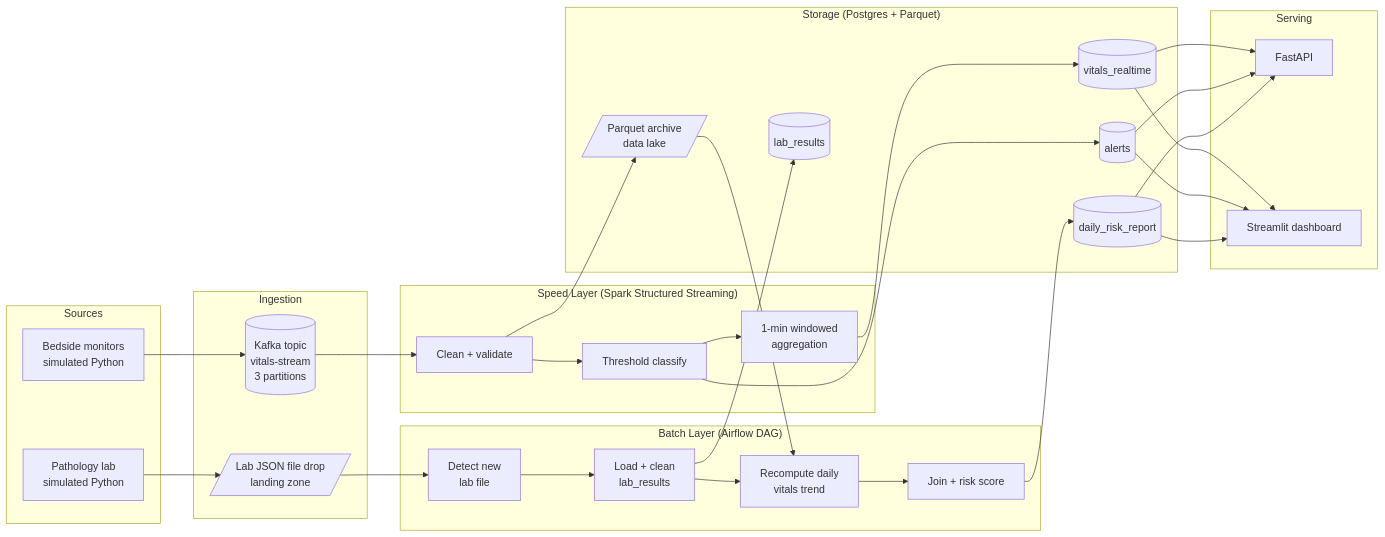
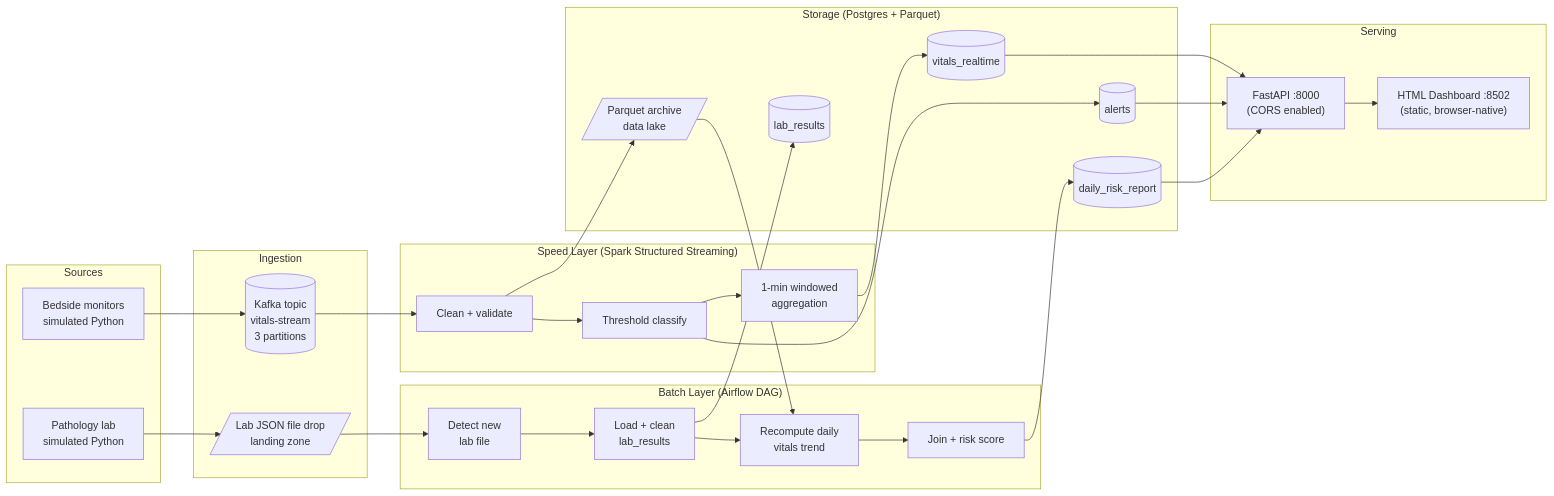
The diagram in report/REPORT.md (HashiniTharuka/BIG-DATA-MINI-PROJECT), drawn with Mermaid before and after one commit. The commit also changed other lines of this file and 5 other files, not shown here.

````diff
--- a/report/REPORT.md
+++ b/report/REPORT.md
@@ -139,56 +140,54 @@
 ```mermaid
 flowchart LR
     subgraph Sources
         V[Bedside monitors\nsimulated Python]
         L[Pathology lab\nsimulated Python]
     end
 
     subgraph Ingestion
         K[(Kafka topic\nvitals-stream\n3 partitions)]
         F[/Lab JSON file drop\nlanding zone/]
     end
 
     subgraph "Speed Layer (Spark Structured Streaming)"
         S1[Clean + validate]
         S2[Threshold classify]
         S3[1-min windowed\naggregation]
         S1 --> S2 --> S3
     end
 
     subgraph "Batch Layer (Airflow DAG)"
         B1[Detect new\nlab file]
         B2[Load + clean\nlab_results]
         B3[Recompute daily\nvitals trend]
         B4[Join + risk score]
         B1 --> B2 --> B3 --> B4
     end
 
     subgraph "Storage (Postgres + Parquet)"
         RT[(vitals_realtime)]
         AL[(alerts)]
         PQ[/Parquet archive\ndata lake/]
         LR[(lab_results)]
         DR[(daily_risk_report)]
     end
 
     subgraph Serving
-        API[FastAPI]
-        DASH[Streamlit dashboard]
+        API["FastAPI :8000\n(CORS enabled)"]
+        DASH["HTML Dashboard :8502\n(static, browser-native)"]
     end
 
     V --> K --> S1
     S2 --> AL
     S3 --> RT
     S1 --> PQ
     L --> F --> B1
     PQ --> B3
     B2 --> LR
     B4 --> DR
 
     RT --> API
     AL --> API
     DR --> API
-    RT --> DASH
-    AL --> DASH
-    DR --> DASH
+    API --> DASH
 ```
````
